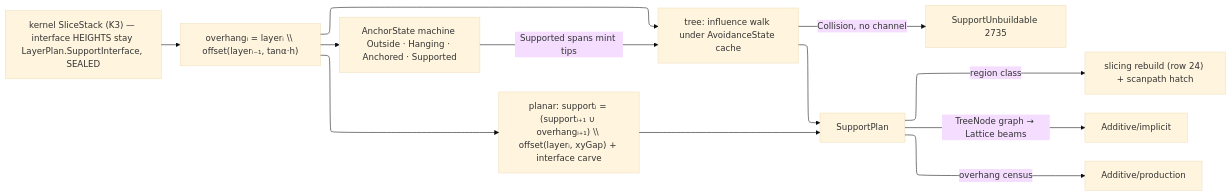
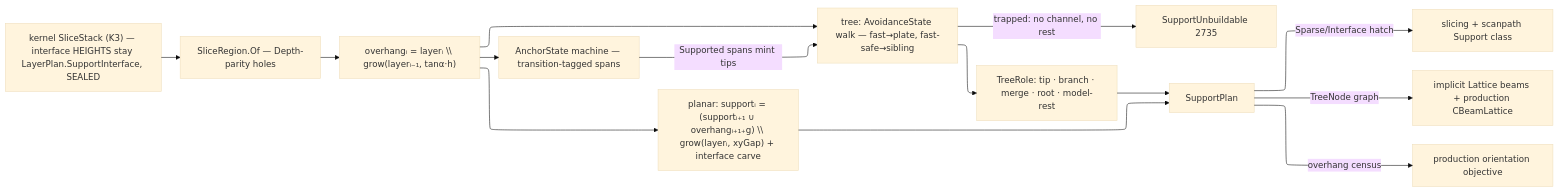
One commit to bsamiee/Rasm changed the diagram in libs/csharp/Rasm.Fabrication/.planning/Additive/support.md. Above: the diagram before and after it, drawn with Mermaid. The commit also changed other lines of this file and 79 other files, not shown here.

````diff
--- a/libs/csharp/Rasm.Fabrication/.planning/Additive/support.md
+++ b/libs/csharp/Rasm.Fabrication/.planning/Additive/support.md
@@ -272,20 +299,22 @@
 ```mermaid
 ---
 config:
   layout: elk
   theme: base
 ---
 flowchart LR
     Stack["kernel SliceStack (K3) — interface HEIGHTS stay LayerPlan.SupportInterface, SEALED"]
-    Stack --> Census["overhangᵢ = layerᵢ \\ offset(layerᵢ₋₁, tanα·h)"]
-    Census --> Planar["planar: supportᵢ = (supportᵢ₊₁ ∪ overhangᵢ₊₁) \\ offset(layerᵢ, xyGap) + interface carve"]
-    Census --> Bridge["AnchorState machine Outside · Hanging · Anchored · Supported"]
-    Bridge -->|Supported spans mint tips| Tree["tree: influence walk under AvoidanceState cache"]
+    Stack --> Region["SliceRegion.Of — Depth-parity holes"]
+    Region --> Census["overhangᵢ = layerᵢ \\ grow(layerᵢ₋₁, tanα·h)"]
+    Census --> Planar["planar: supportᵢ = (supportᵢ₊₁ ∪ overhangᵢ₊₁₊g) \\ grow(layerᵢ, xyGap) + interface carve"]
+    Census --> Bridge["AnchorState machine — transition-tagged spans"]
+    Bridge -->|Supported spans mint tips| Tree["tree: AvoidanceState walk — fast→plate, fast-safe→sibling"]
     Census --> Tree
-    Tree -->|Collision, no channel| Fault["SupportUnbuildable 2735"]
+    Tree -->|"trapped: no channel, no rest"| Fault["SupportUnbuildable 2735"]
+    Tree --> Roles["TreeRole: tip · branch · merge · root · model-rest"]
     Planar --> PlanN["SupportPlan"]
-    Tree --> PlanN
-    PlanN -->|region class| Slice["slicing rebuild (row 24) + scanpath hatch"]
-    PlanN -->|TreeNode graph → Lattice beams| Implicit["Additive/implicit"]
-    PlanN -->|overhang census| Production["Additive/production"]
+    Roles --> PlanN
+    PlanN -->|Sparse/Interface hatch| Slice["slicing + scanpath Support class"]
+    PlanN -->|TreeNode graph| Implicit["implicit Lattice beams + production CBeamLattice"]
+    PlanN -->|overhang census| Production["production orientation objective"]
 ```
````
